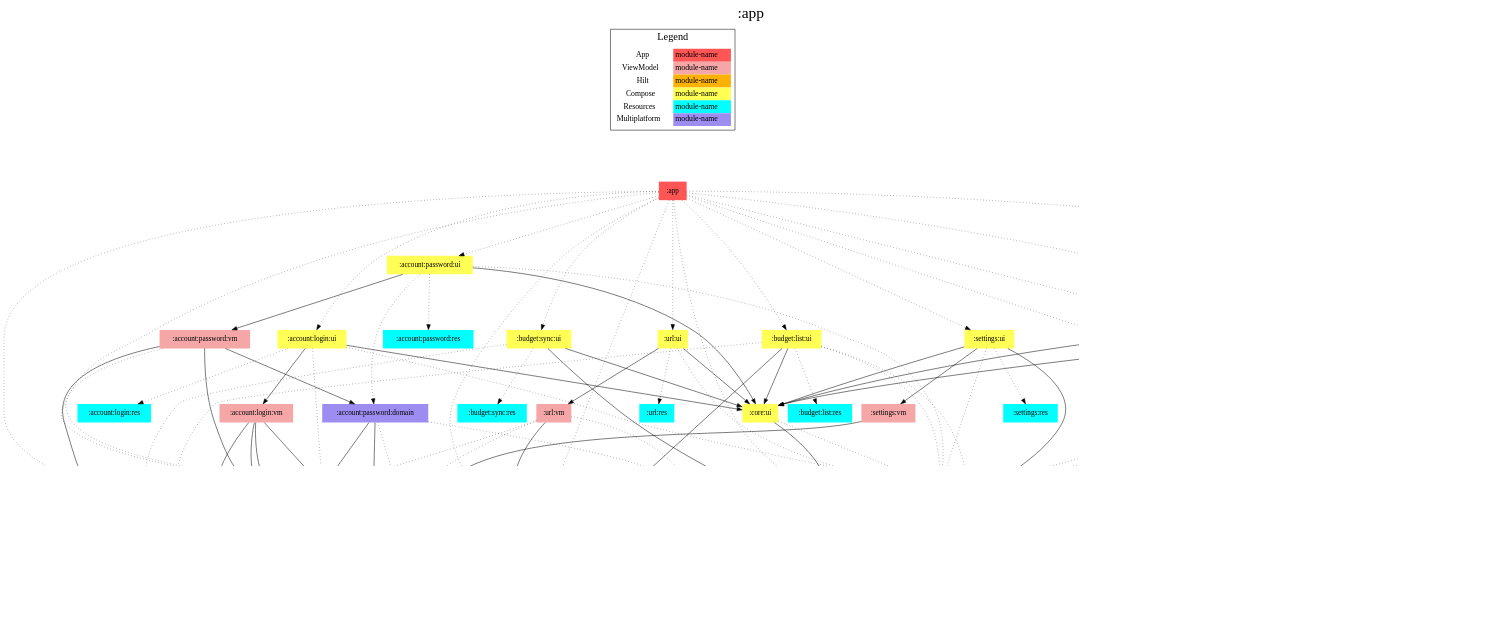
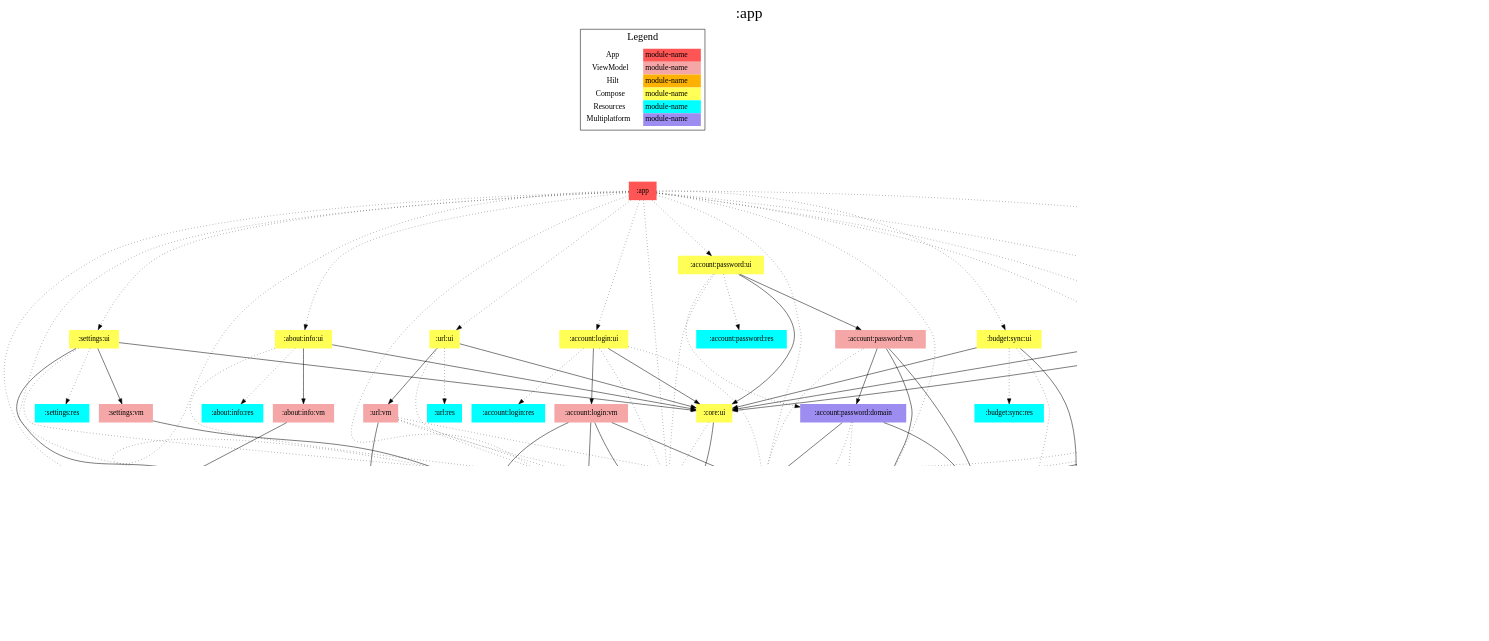
One commit to jonapoul/aktual changed the diagram in app/modules.dot. Above: the diagram before and after it, drawn with Graphviz. The commit also changed 1 other file, not shown here.

```diff
--- a/app/modules.dot
+++ b/app/modules.dot
@@ -1,184 +1,186 @@
 digraph {
 edge ["dir"="forward"]
 graph ["dpi"="100","label"=":app","labelloc"="t","fontsize"="30","ranksep"="1.5","rankdir"="TB"]
 node ["style"="filled"]
 ":about:info:data" ["fillcolor"="#9D8DF1","shape"="none"]
 ":about:info:res" ["fillcolor"="#00FFFF","shape"="none"]
 ":about:info:ui" ["fillcolor"="#FFFF55","shape"="none"]
 ":about:info:vm" ["fillcolor"="#F5A6A6","shape"="none"]
 ":about:licenses:data" ["fillcolor"="#9D8DF1","shape"="none"]
 ":about:licenses:res" ["fillcolor"="#00FFFF","shape"="none"]
 ":about:licenses:ui" ["fillcolor"="#FFFF55","shape"="none"]
 ":about:licenses:vm" ["fillcolor"="#F5A6A6","shape"="none"]
 ":account:login:domain" ["fillcolor"="#9D8DF1","shape"="none"]
 ":account:login:res" ["fillcolor"="#00FFFF","shape"="none"]
 ":account:login:ui" ["fillcolor"="#FFFF55","shape"="none"]
 ":account:login:vm" ["fillcolor"="#F5A6A6","shape"="none"]
 ":account:model" ["fillcolor"="#9D8DF1","shape"="none"]
 ":account:password:domain" ["fillcolor"="#9D8DF1","shape"="none"]
 ":account:password:res" ["fillcolor"="#00FFFF","shape"="none"]
 ":account:password:ui" ["fillcolor"="#FFFF55","shape"="none"]
 ":account:password:vm" ["fillcolor"="#F5A6A6","shape"="none"]
 ":api:actual" ["fillcolor"="#9D8DF1","shape"="none"]
 ":api:builder" ["fillcolor"="#9D8DF1","shape"="none"]
 ":api:di" ["fillcolor"="#FCB103","shape"="none"]
 ":api:github" ["fillcolor"="#9D8DF1","shape"="none"]
 ":app" ["fillcolor"="#FF5555","shape"="none"]
 ":budget:encryption" ["fillcolor"="#9D8DF1","shape"="none"]
 ":budget:list:res" ["fillcolor"="#00FFFF","shape"="none"]
 ":budget:list:ui" ["fillcolor"="#FFFF55","shape"="none"]
 ":budget:list:vm" ["fillcolor"="#F5A6A6","shape"="none"]
 ":budget:model" ["fillcolor"="#9D8DF1","shape"="none"]
 ":budget:sync:res" ["fillcolor"="#00FFFF","shape"="none"]
 ":budget:sync:ui" ["fillcolor"="#FFFF55","shape"="none"]
 ":budget:sync:vm" ["fillcolor"="#F5A6A6","shape"="none"]
 ":codegen:annotation" ["fillcolor"="#9D8DF1","shape"="none"]
 ":core:connection" ["fillcolor"="#9D8DF1","shape"="none"]
 ":core:di" ["fillcolor"="#FCB103","shape"="none"]
 ":core:files" ["fillcolor"="#9D8DF1","shape"="none"]
 ":core:model" ["fillcolor"="#9D8DF1","shape"="none"]
 ":core:res" ["fillcolor"="#00FFFF","shape"="none"]
 ":core:ui" ["fillcolor"="#FFFF55","shape"="none"]
 ":db" ["fillcolor"="#9D8DF1","shape"="none"]
 ":logging" ["fillcolor"="#9D8DF1","shape"="none"]
 ":prefs" ["fillcolor"="#9D8DF1","shape"="none"]
 ":settings:res" ["fillcolor"="#00FFFF","shape"="none"]
 ":settings:ui" ["fillcolor"="#FFFF55","shape"="none"]
 ":settings:vm" ["fillcolor"="#F5A6A6","shape"="none"]
 ":url:res" ["fillcolor"="#00FFFF","shape"="none"]
 ":url:ui" ["fillcolor"="#FFFF55","shape"="none"]
 ":url:vm" ["fillcolor"="#F5A6A6","shape"="none"]
 {
 edge ["dir"="none"]
 graph ["rank"="same"]
 ":app"
 }
 ":about:info:data" -> ":api:github"
 ":about:info:ui" -> ":about:info:res" ["style"="dotted"]
 ":about:info:ui" -> ":about:info:vm"
 ":about:info:ui" -> ":core:res" ["style"="dotted"]
 ":about:info:ui" -> ":core:ui"
 ":about:info:vm" -> ":about:info:data"
 ":about:licenses:data" -> ":core:files" ["style"="dotted"]
 ":about:licenses:ui" -> ":about:licenses:res" ["style"="dotted"]
 ":about:licenses:ui" -> ":about:licenses:vm"
 ":about:licenses:ui" -> ":core:res" ["style"="dotted"]
 ":about:licenses:ui" -> ":core:ui"
 ":about:licenses:vm" -> ":about:licenses:data"
 ":account:login:domain" -> ":account:model"
 ":account:login:domain" -> ":api:actual" ["style"="dotted"]
 ":account:login:domain" -> ":prefs" ["style"="dotted"]
 ":account:login:ui" -> ":account:login:domain" ["style"="dotted"]
 ":account:login:ui" -> ":account:login:res" ["style"="dotted"]
 ":account:login:ui" -> ":account:login:vm"
 ":account:login:ui" -> ":core:res" ["style"="dotted"]
 ":account:login:ui" -> ":core:ui"
 ":account:login:vm" -> ":account:login:domain"
 ":account:login:vm" -> ":account:model"
 ":account:login:vm" -> ":core:model"
 ":account:login:vm" -> ":prefs"
 ":account:password:domain" -> ":account:login:domain"
 ":account:password:domain" -> ":account:model"
 ":account:password:domain" -> ":api:actual" ["style"="dotted"]
 ":account:password:domain" -> ":prefs" ["style"="dotted"]
 ":account:password:ui" -> ":account:password:domain" ["style"="dotted"]
 ":account:password:ui" -> ":account:password:res" ["style"="dotted"]
 ":account:password:ui" -> ":account:password:vm"
 ":account:password:ui" -> ":core:res" ["style"="dotted"]
 ":account:password:ui" -> ":core:ui"
 ":account:password:vm" -> ":account:login:domain" ["style"="dotted"]
 ":account:password:vm" -> ":account:model"
 ":account:password:vm" -> ":account:password:domain"
 ":account:password:vm" -> ":core:model"
 ":api:actual" -> ":account:model"
 ":api:actual" -> ":budget:model"
 ":api:actual" -> ":codegen:annotation" ["style"="dotted"]
 ":api:actual" -> ":core:model"
 ":api:builder" -> ":core:model"
 ":api:di" -> ":api:builder" ["style"="dotted"]
 ":api:di" -> ":api:github"
 ":api:github" -> ":codegen:annotation" ["style"="dotted"]
 ":api:github" -> ":core:model"
 ":app" -> ":about:info:ui" ["style"="dotted"]
 ":app" -> ":about:licenses:ui" ["style"="dotted"]
 ":app" -> ":account:login:domain" ["style"="dotted"]
 ":app" -> ":account:login:ui" ["style"="dotted"]
 ":app" -> ":account:password:ui" ["style"="dotted"]
+":app" -> ":api:actual" ["style"="dotted"]
 ":app" -> ":api:di" ["style"="dotted"]
 ":app" -> ":budget:list:ui" ["style"="dotted"]
 ":app" -> ":budget:sync:ui" ["style"="dotted"]
 ":app" -> ":core:connection" ["style"="dotted"]
 ":app" -> ":core:di" ["style"="dotted"]
+":app" -> ":core:res" ["style"="dotted"]
 ":app" -> ":db" ["style"="dotted"]
 ":app" -> ":logging" ["style"="dotted"]
 ":app" -> ":prefs" ["style"="dotted"]
 ":app" -> ":settings:ui" ["style"="dotted"]
 ":app" -> ":url:ui" ["style"="dotted"]
 ":budget:encryption" -> ":account:model"
 ":budget:encryption" -> ":budget:model"
 ":budget:encryption" -> ":core:model"
 ":budget:list:ui" -> ":account:model" ["style"="dotted"]
 ":budget:list:ui" -> ":budget:list:res" ["style"="dotted"]
 ":budget:list:ui" -> ":budget:list:vm"
 ":budget:list:ui" -> ":budget:model" ["style"="dotted"]
 ":budget:list:ui" -> ":core:res" ["style"="dotted"]
 ":budget:list:ui" -> ":core:ui"
 ":budget:list:vm" -> ":account:model" ["style"="dotted"]
 ":budget:list:vm" -> ":api:actual" ["style"="dotted"]
 ":budget:list:vm" -> ":budget:model"
 ":budget:list:vm" -> ":core:model"
 ":budget:list:vm" -> ":prefs" ["style"="dotted"]
 ":budget:sync:ui" -> ":account:model" ["style"="dotted"]
 ":budget:sync:ui" -> ":budget:sync:res" ["style"="dotted"]
 ":budget:sync:ui" -> ":budget:sync:vm"
 ":budget:sync:ui" -> ":core:ui"
 ":budget:sync:vm" -> ":account:model" ["style"="dotted"]
 ":budget:sync:vm" -> ":api:actual" ["style"="dotted"]
 ":budget:sync:vm" -> ":budget:encryption" ["style"="dotted"]
 ":budget:sync:vm" -> ":budget:model" ["style"="dotted"]
 ":budget:sync:vm" -> ":core:files"
 ":budget:sync:vm" -> ":core:model"
 ":budget:sync:vm" -> ":prefs" ["style"="dotted"]
 ":core:connection" -> ":api:actual" ["style"="dotted"]
 ":core:connection" -> ":api:builder" ["style"="dotted"]
 ":core:connection" -> ":core:model" ["style"="dotted"]
 ":core:connection" -> ":prefs" ["style"="dotted"]
 ":core:di" -> ":core:files"
 ":core:di" -> ":core:model"
 ":core:di" -> ":prefs"
 ":core:files" -> ":budget:model"
 ":core:ui" -> ":core:model"
 ":core:ui" -> ":core:res" ["style"="dotted"]
 ":db" -> ":budget:model"
 ":db" -> ":core:files"
 ":prefs" -> ":account:model"
 ":prefs" -> ":core:model"
 ":settings:ui" -> ":core:model"
 ":settings:ui" -> ":core:res" ["style"="dotted"]
 ":settings:ui" -> ":core:ui"
 ":settings:ui" -> ":settings:res" ["style"="dotted"]
 ":settings:ui" -> ":settings:vm"
 ":settings:vm" -> ":prefs"
 ":url:ui" -> ":core:res" ["style"="dotted"]
 ":url:ui" -> ":core:ui"
 ":url:ui" -> ":url:res" ["style"="dotted"]
 ":url:ui" -> ":url:vm"
 ":url:vm" -> ":account:login:domain" ["style"="dotted"]
 ":url:vm" -> ":api:actual" ["style"="dotted"]
 ":url:vm" -> ":core:model"
 ":url:vm" -> ":prefs" ["style"="dotted"]
 subgraph "cluster_legend" {
 edge ["dir"="none"]
 graph ["label"="Legend","fontsize"="20"]
 "Legend" ["style"="filled","fillcolor"="#FFFFFF","shape"="none","margin"="0","fontsize"="15","label"=<
 <TABLE BORDER="0" CELLBORDER="0" CELLSPACING="0" CELLPADDING="4">
 <TR><TD>App</TD><TD BGCOLOR="#FF5555">module-name</TD></TR>
 <TR><TD>ViewModel</TD><TD BGCOLOR="#F5A6A6">module-name</TD></TR>
 <TR><TD>Hilt</TD><TD BGCOLOR="#FCB103">module-name</TD></TR>
 <TR><TD>Compose</TD><TD BGCOLOR="#FFFF55">module-name</TD></TR>
 <TR><TD>Resources</TD><TD BGCOLOR="#00FFFF">module-name</TD></TR>
 <TR><TD>Multiplatform</TD><TD BGCOLOR="#9D8DF1">module-name</TD></TR>
 </TABLE>
 >]
 } -> ":app" ["style"="invis"]
 }
```
